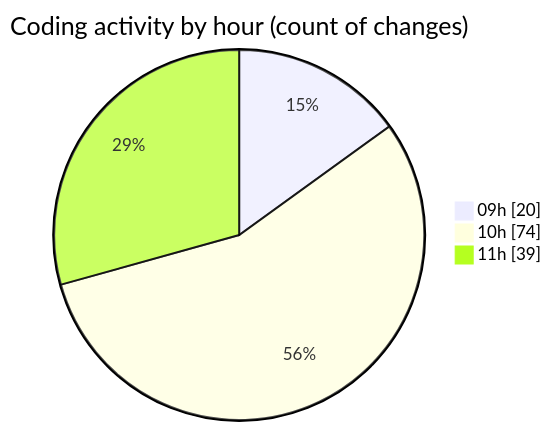
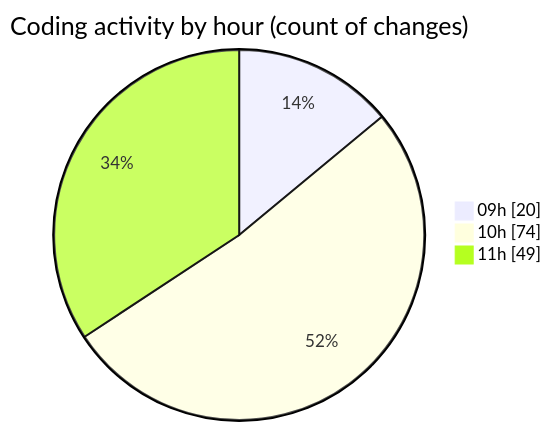
The second of 2 diagrams in 2025-06-06/ecodeli-1/README.md (CELIANVF/code-tracking), drawn with Mermaid before and after one commit. The commit also changed other lines of this file and 1 other file, not shown here.

````diff
--- a/2025-06-06/ecodeli-1/README.md
+++ b/2025-06-06/ecodeli-1/README.md
@@ -73,7 +76,7 @@
 ```mermaid
 pie showData
 title Coding activity by hour (count of changes)
 "09h" : 20
 "10h" : 74
-"11h" : 39
+"11h" : 49
 ```
````
